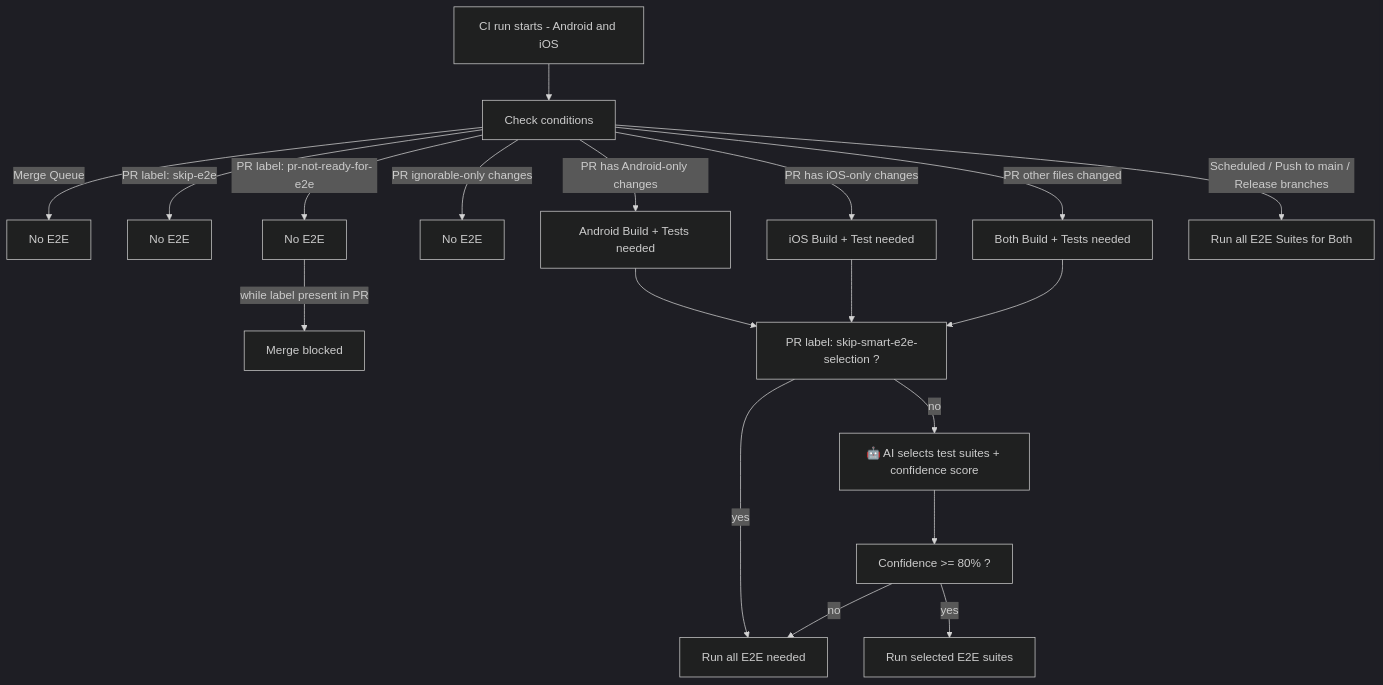
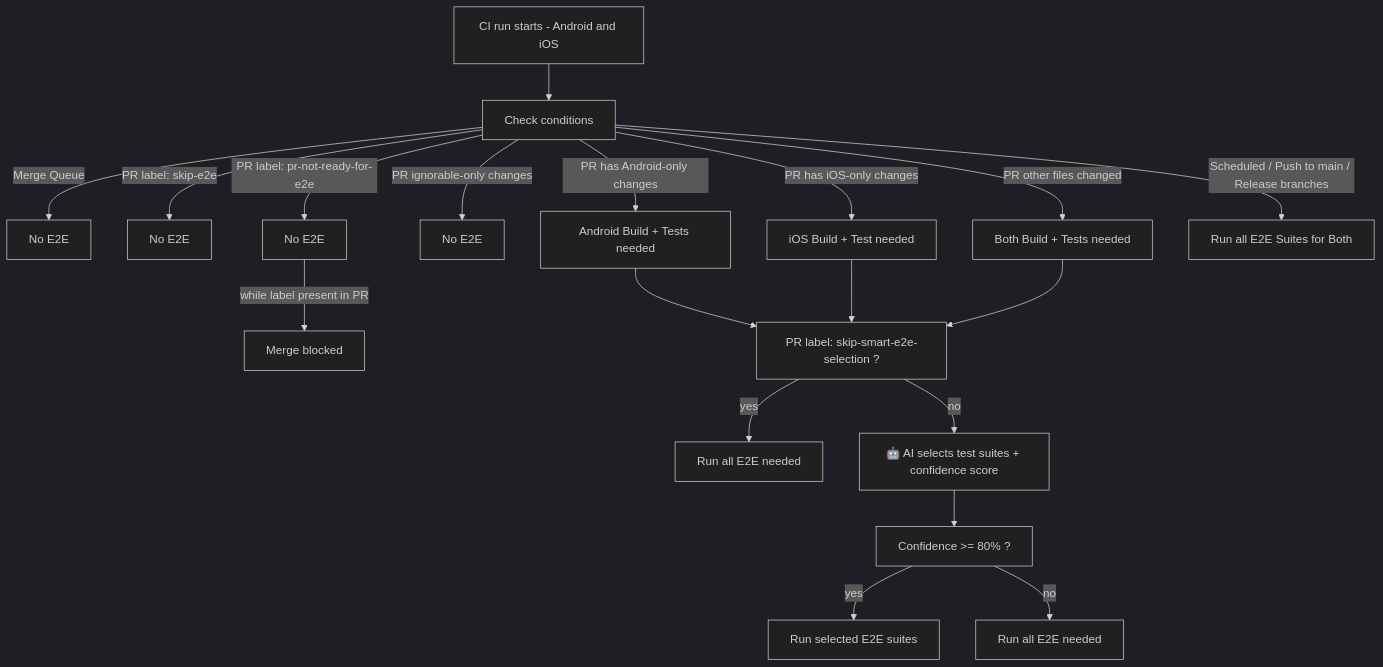
The diagram in .github/guidelines/E2E_DECISION_TREE.md (MetaMask/metamask-mobile), drawn with Mermaid (dark theme) before and after one commit.

Commit message:
ci: add automated E2E readiness label and CI checks

````diff
--- a/.github/guidelines/E2E_DECISION_TREE.md
+++ b/.github/guidelines/E2E_DECISION_TREE.md
@@ -5,20 +5,20 @@
 ```mermaid
 flowchart TD
     CI[CI run starts - Android and iOS] --> GR[Check conditions]
     GR -->|Merge Queue | MQ[No E2E]
     GR -->|PR label: skip-e2e| HS[No E2E]
     GR -->|PR label: pr-not-ready-for-e2e| L2[No E2E]
     L2 -->|while label present in PR| Skip2[Merge blocked]
     GR -->|PR ignorable-only changes| Ignorable[No E2E]
     GR -->|PR has Android-only changes| Android[Android Build + Tests needed]
     GR -->|PR has iOS-only changes| iOS[iOS Build + Test needed]
     GR -->|PR other files changed| Both[Both Build + Tests needed]
     GR -->|Scheduled / Push to main / Release branches| Full[Run all E2E Suites for Both]
 
     Android & iOS & Both --> LABEL[PR label: skip-smart-e2e-selection ?]
     LABEL -->|yes| AllTags[Run all E2E needed]
     LABEL -->|no| AI[🤖 AI selects test suites + confidence score]
     AI --> CONF[Confidence >= 80% ?]
     CONF -->|yes| SelectedTags[Run selected E2E suites]
-    CONF -->|no| AllTags
+    CONF -->|no| AllTagsFallback[Run all E2E needed]
 ```
````
